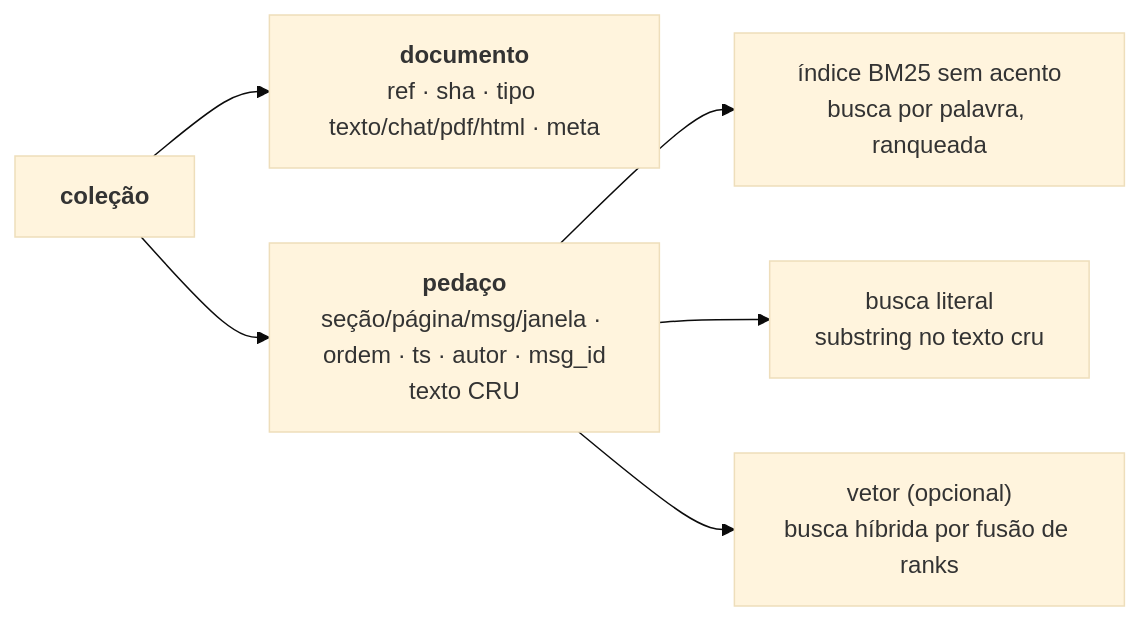
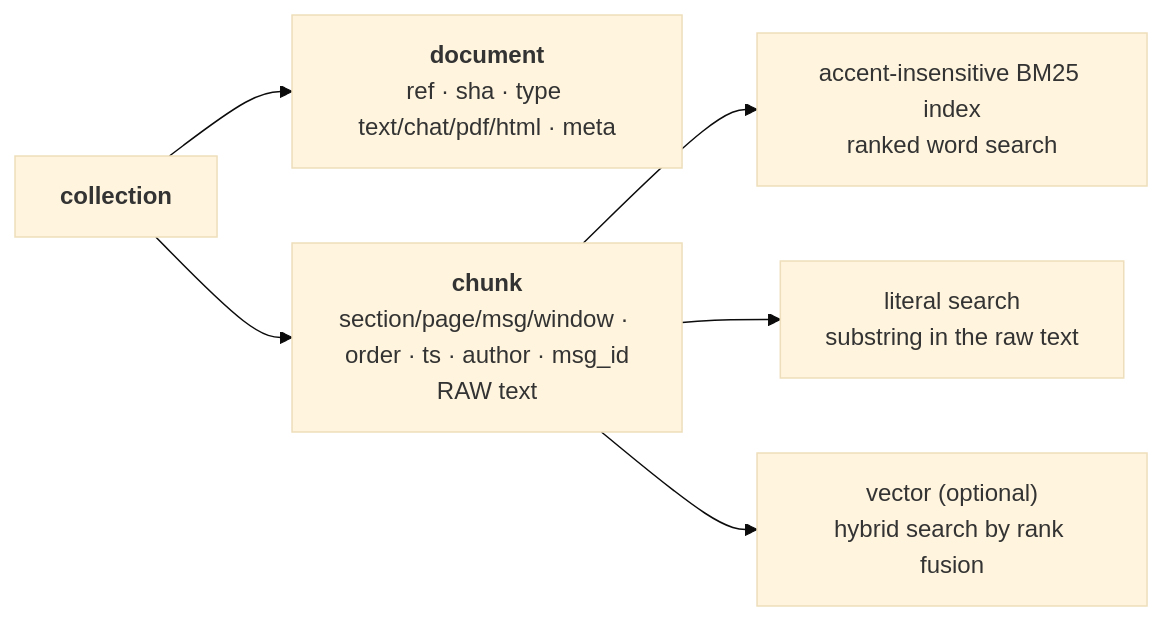
Before and after one commit to jhonymiler/holmes: the sixth of 6 diagrams in MODELO.md, drawn with Mermaid (base theme). The commit also changed other lines of this file and 34 other files, not shown here.

````diff
--- a/MODELO.md
+++ b/MODELO.md
@@ -280,8 +309,8 @@
 ```mermaid
 flowchart LR
-    COL["<b>coleção</b>"] --> DOC["<b>documento</b><br/>ref · sha · tipo texto/chat/pdf/html · meta"]
-    COL --> PED["<b>pedaço</b><br/>seção/página/msg/janela · ordem · ts · autor · msg_id<br/>texto CRU"]
-    PED --> BM["índice BM25 sem acento<br/>busca por palavra, ranqueada"]
-    PED --> LIT["busca literal<br/>substring no texto cru"]
-    PED --> VET["vetor (opcional)<br/>busca híbrida por fusão de ranks"]
+    COL["<b>collection</b>"] --> DOC["<b>document</b><br/>ref · sha · type text/chat/pdf/html · meta"]
+    COL --> PED["<b>chunk</b><br/>section/page/msg/window · order · ts · author · msg_id<br/>RAW text"]
+    PED --> BM["accent-insensitive BM25 index<br/>ranked word search"]
+    PED --> LIT["literal search<br/>substring in the raw text"]
+    PED --> VET["vector (optional)<br/>hybrid search by rank fusion"]
 ```
````
